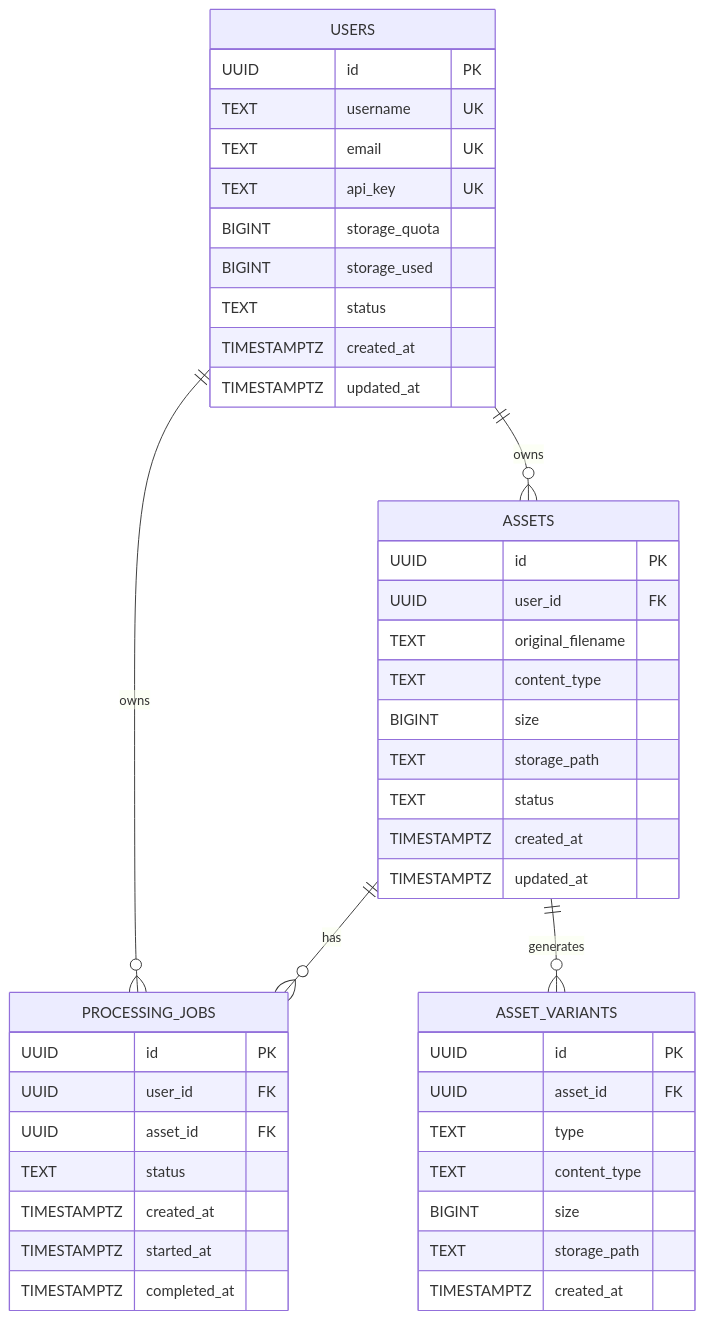
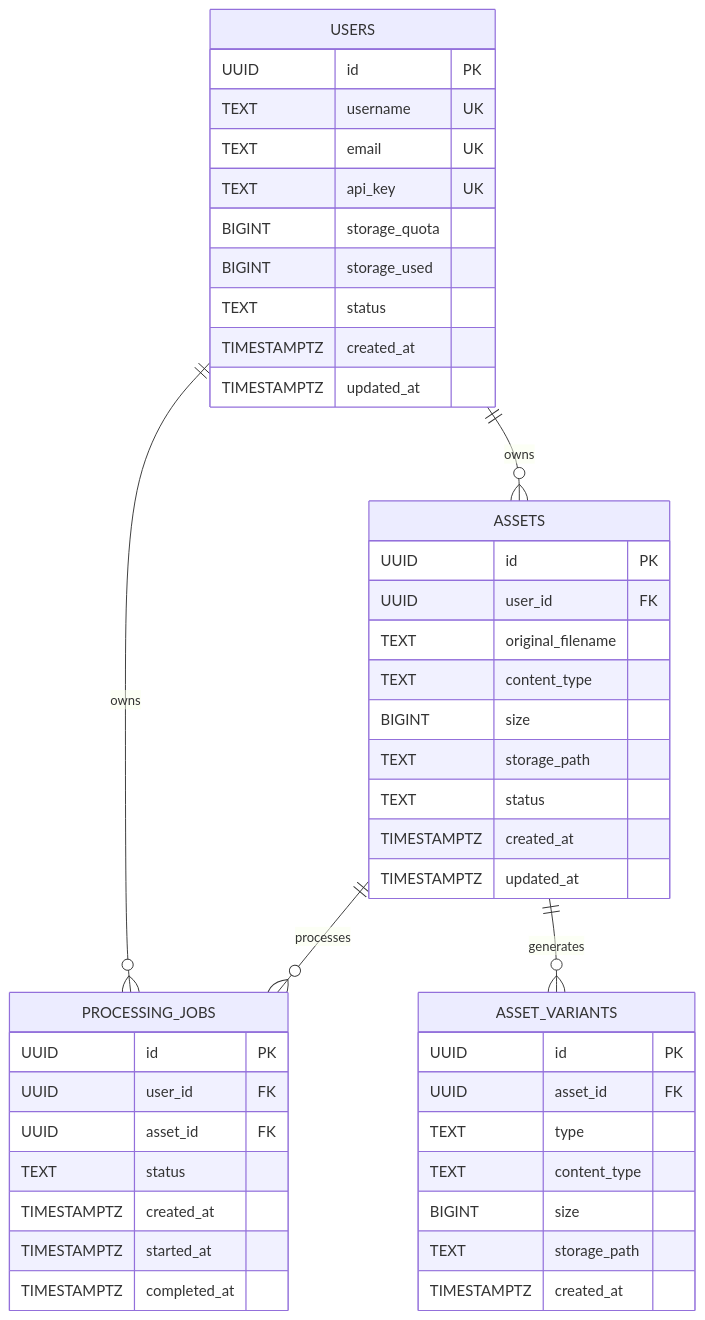
One commit to joshua-sajeev/tessera changed the diagram in docs/architecture/05-database.md. Above: the diagram before and after it, drawn with Mermaid. The commit also changed other lines of this file and 2 other files, not shown here.

Commit message:
docs: document multi-tenancy strategy and db schema

````diff
--- a/docs/architecture/05-database.md
+++ b/docs/architecture/05-database.md
@@ -5,51 +9,51 @@
 ```mermaid
 erDiagram
     USERS ||--o{ ASSETS : owns
     USERS ||--o{ PROCESSING_JOBS : owns
-    ASSETS ||--o{ PROCESSING_JOBS : has
+    ASSETS ||--o{ PROCESSING_JOBS : processes
     ASSETS ||--o{ ASSET_VARIANTS : generates
 
     USERS {
         UUID id PK
         TEXT username UK
         TEXT email UK
         TEXT api_key UK
         BIGINT storage_quota
         BIGINT storage_used
         TEXT status
         TIMESTAMPTZ created_at
         TIMESTAMPTZ updated_at
     }
 
     ASSETS {
         UUID id PK
         UUID user_id FK
         TEXT original_filename
         TEXT content_type
         BIGINT size
         TEXT storage_path
         TEXT status
         TIMESTAMPTZ created_at
         TIMESTAMPTZ updated_at
     }
 
     PROCESSING_JOBS {
         UUID id PK
         UUID user_id FK
         UUID asset_id FK
         TEXT status
         TIMESTAMPTZ created_at
         TIMESTAMPTZ started_at
         TIMESTAMPTZ completed_at
     }
 
     ASSET_VARIANTS {
         UUID id PK
         UUID asset_id FK
         TEXT type
         TEXT content_type
         BIGINT size
         TEXT storage_path
         TIMESTAMPTZ created_at
     }
 ```
````
